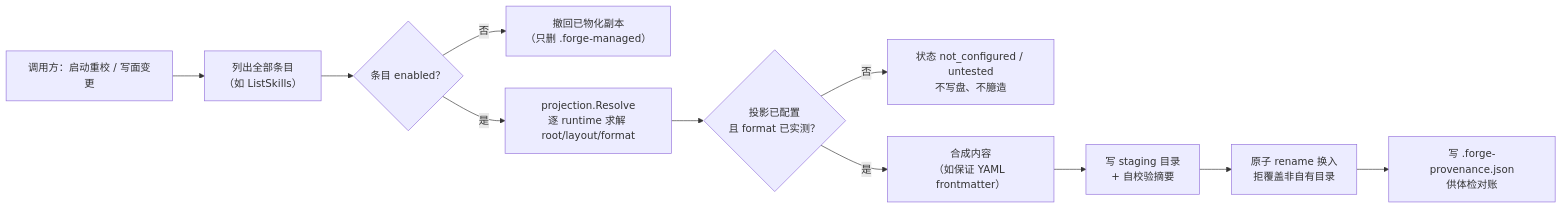
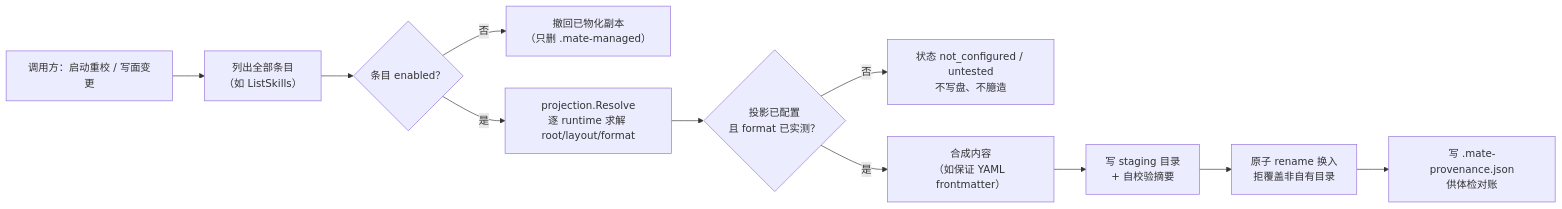
Before and after one commit to morehao/ark-mate: the second of 4 diagrams in docs/capability-ecosystem-design-20260922.md, drawn with Mermaid. The commit also changed other lines of this file and 442 other files, not shown here.

````diff
--- a/docs/capability-ecosystem-design-20260922.md
+++ b/docs/capability-ecosystem-design-20260922.md
@@ -268,13 +268,13 @@
 ```mermaid
 flowchart LR
     req["调用方：启动重校 / 写面变更"] --> list["列出全部条目<br>（如 ListSkills）"]
     list --> filter{"条目 enabled？"}
-    filter -- 否 --> withdraw["撤回已物化副本<br>（只删 .forge-managed）"]
+    filter -- 否 --> withdraw["撤回已物化副本<br>（只删 .mate-managed）"]
     filter -- 是 --> resolve["projection.Resolve<br>逐 runtime 求解 root/layout/format"]
     resolve --> known{"投影已配置<br>且 format 已实测？"}
     known -- 否 --> notApplicable["状态 not_configured / untested<br>不写盘、不臆造"]
     known -- 是 --> render["合成内容<br>（如保证 YAML frontmatter）"]
     render --> staging["写 staging 目录<br>+ 自校验摘要"]
     staging --> swap["原子 rename 换入<br>拒覆盖非自有目录"]
-    swap --> audit["写 .forge-provenance.json<br>供体检对账"]
+    swap --> audit["写 .mate-provenance.json<br>供体检对账"]
 ```
````
